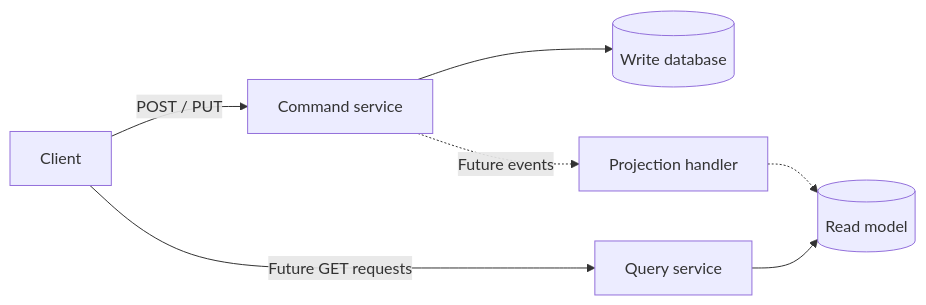
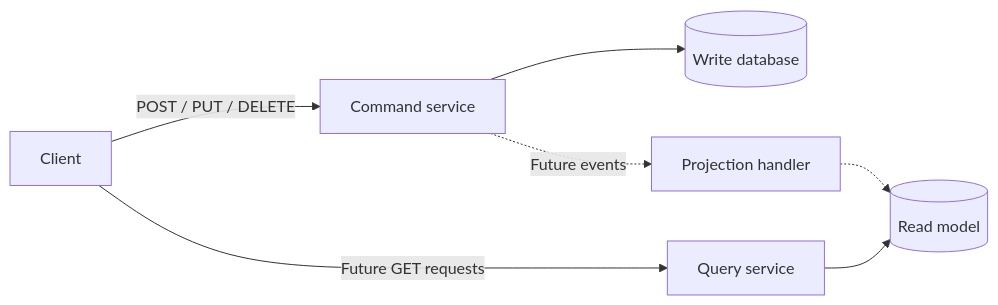
The second of 2 diagrams in PROJECT_NOTES.md (janandlead/employee-command-service), drawn with Mermaid before and after one commit. The commit also changed other lines of this file and 8 other files, not shown here.

````diff
--- a/PROJECT_NOTES.md
+++ b/PROJECT_NOTES.md
@@ -93,9 +99,9 @@
 ```mermaid
 flowchart LR
-    A[Client] -->|POST / PUT| B[Command service]
+    A[Client] -->|POST / PUT / DELETE| B[Command service]
     B --> C[(Write database)]
     B -.->|Future events| D[Projection handler]
     D -.-> E[(Read model)]
     A -->|Future GET requests| F[Query service]
     F --> E
 ```
````
